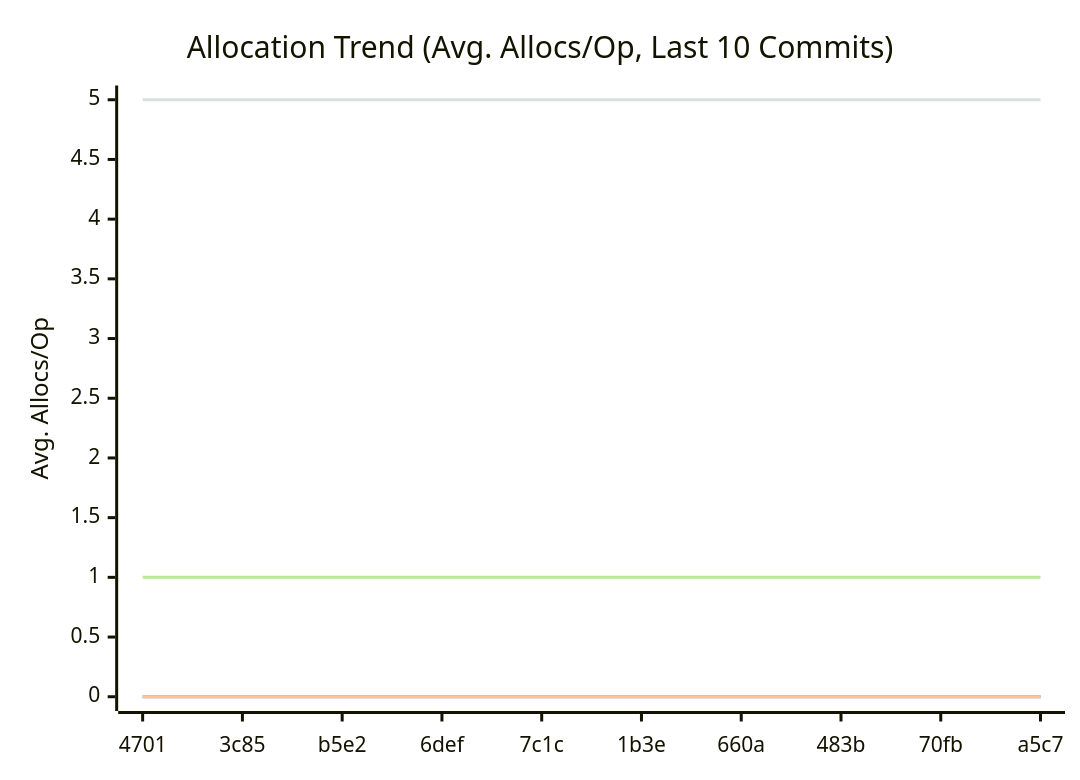
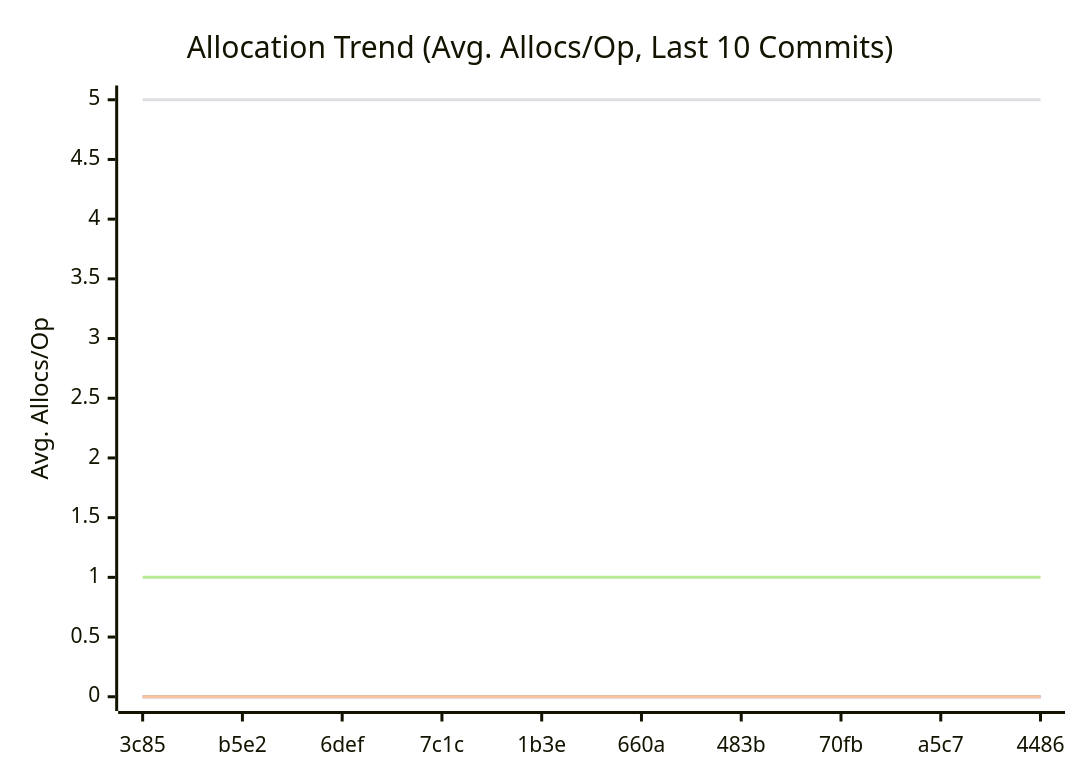
Before and after one commit to alsotoes/momo: the third of 3 diagrams in doc/README.md, drawn with Mermaid. The commit also changed other lines of this file and 1 other file, not shown here.

````diff
--- a/doc/README.md
+++ b/doc/README.md
@@ -316,12 +316,12 @@
 ```mermaid
 xychart-beta
     title "Allocation Trend (Avg. Allocs/Op, Last 10 Commits)"
     x-axis "Commit"
     y-axis "Avg. Allocs/Op"
-    x-axis [4701,3c85,b5e2,6def,7c1c,1b3e,660a,483b,70fb,a5c7]
+    x-axis [3c85,b5e2,6def,7c1c,1b3e,660a,483b,70fb,a5c7,4486]
     line "CheckMetricsAndSwap" [0,0,0,0,0,0,0,0,0,0]
     line "IndexDirectTracking" [0,0,0,0,0,0,0,0,0,0]
     line "IndexSearch" [0,0,0,0,0,0,0,0,0,0]
     line "ParseReplicationOrder_NoPrealloc" [5,5,5,5,5,5,5,5,5,5]
     line "ParseReplicationOrder_Prealloc" [1,1,1,1,1,1,1,1,1,1]
 ```
````
